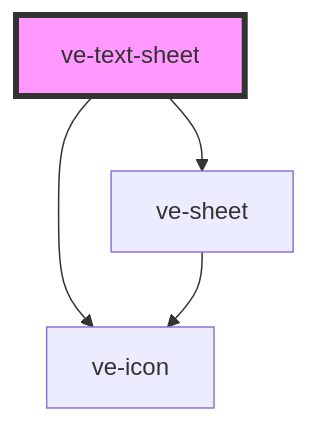
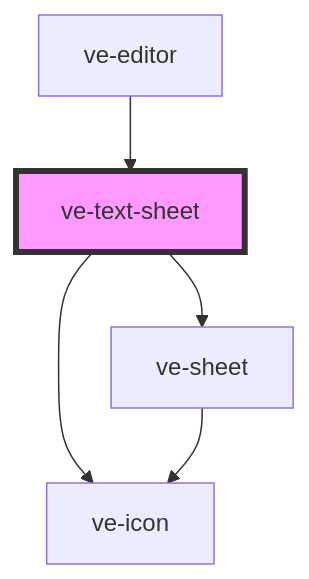
Before and after one commit to dotnetdreamer/capacitor-video-kit: the diagram in src/components/ve-text-sheet/readme.md, drawn with Mermaid. The commit also changed other lines of this file and 38 other files, not shown here.

````diff
--- a/src/components/ve-text-sheet/readme.md
+++ b/src/components/ve-text-sheet/readme.md
@@ -40,7 +44,8 @@
 ```mermaid
 graph TD;
   ve-text-sheet --> ve-sheet
   ve-text-sheet --> ve-icon
   ve-sheet --> ve-icon
+  ve-editor --> ve-text-sheet
   style ve-text-sheet fill:#f9f,stroke:#333,stroke-width:4px
 ```
````
